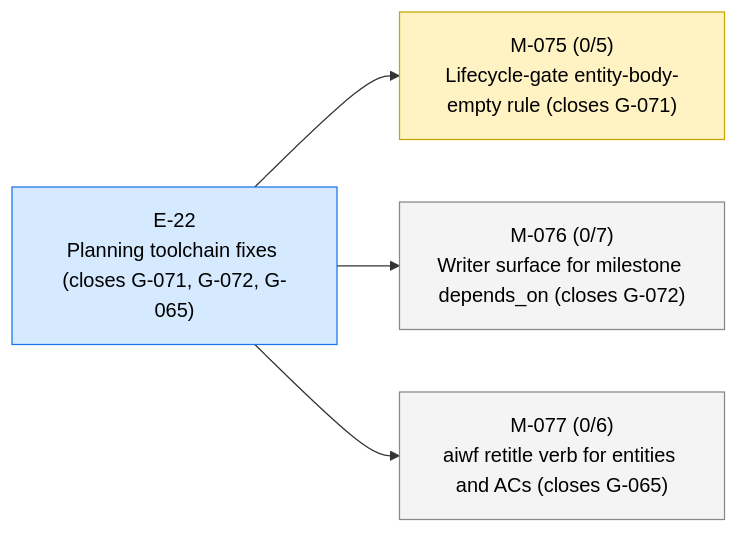
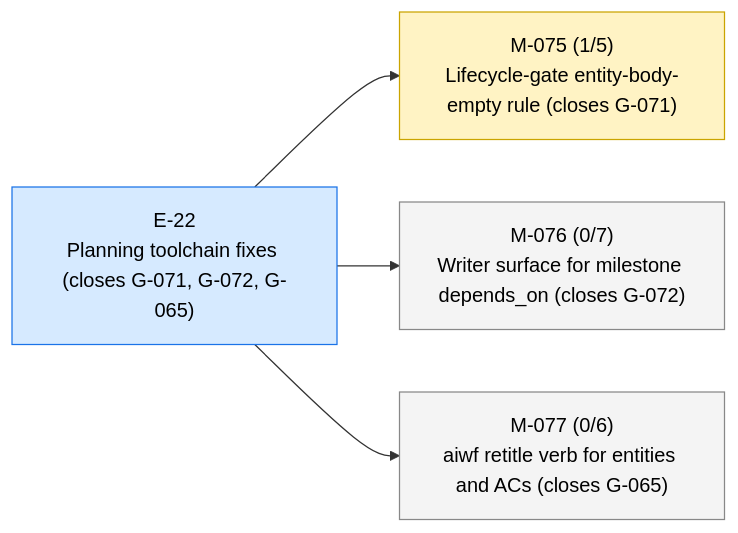
One commit to 23min/aiwf changed the first of 3 diagrams in STATUS.md. Above: the diagram before and after it, drawn with Mermaid. The commit also changed other lines of this file and 1 other file, not shown here.

````diff
--- a/STATUS.md
+++ b/STATUS.md
@@ -13,16 +13,16 @@
 ```mermaid
 flowchart LR
   E_22["E-22<br/>Planning toolchain fixes (closes G-071, G-072, G-065)"]:::epic_active
-  M_075["M-075 (0/5)<br/>Lifecycle-gate entity-body-empty rule (closes G-071)"]:::ms_in_progress
+  M_075["M-075 (1/5)<br/>Lifecycle-gate entity-body-empty rule (closes G-071)"]:::ms_in_progress
   E_22 --> M_075
   M_076["M-076 (0/7)<br/>Writer surface for milestone depends_on (closes G-072)"]:::ms_draft
   E_22 --> M_076
   M_077["M-077 (0/6)<br/>aiwf retitle verb for entities and ACs (closes G-065)"]:::ms_draft
   E_22 --> M_077
   classDef epic_active fill:#d6eaff,stroke:#1a73e8,color:#000
   classDef epic_proposed fill:#f4f4f4,stroke:#888,color:#000
   classDef ms_done fill:#d8f5d8,stroke:#2a8a2a,color:#000
   classDef ms_in_progress fill:#fff3c4,stroke:#caa400,color:#000
   classDef ms_draft fill:#f4f4f4,stroke:#888,color:#000
   classDef ms_cancelled fill:#fbeaea,stroke:#c33,color:#000
 ```
````
